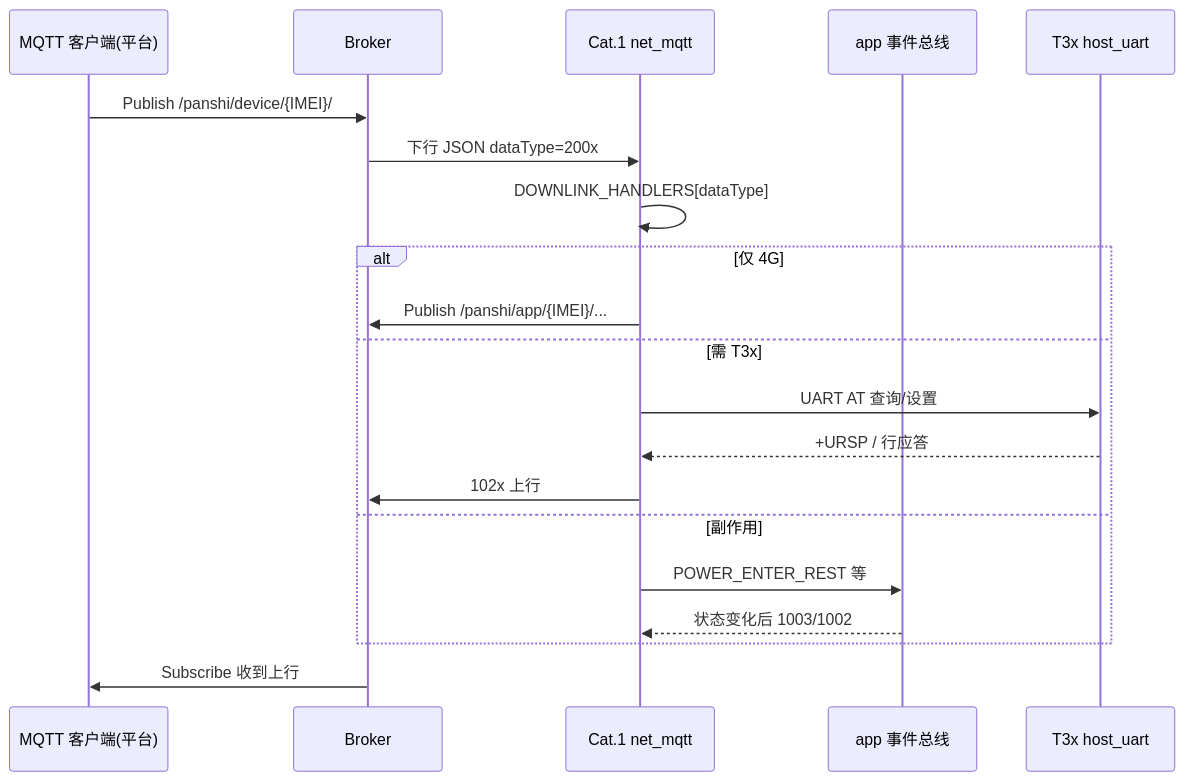
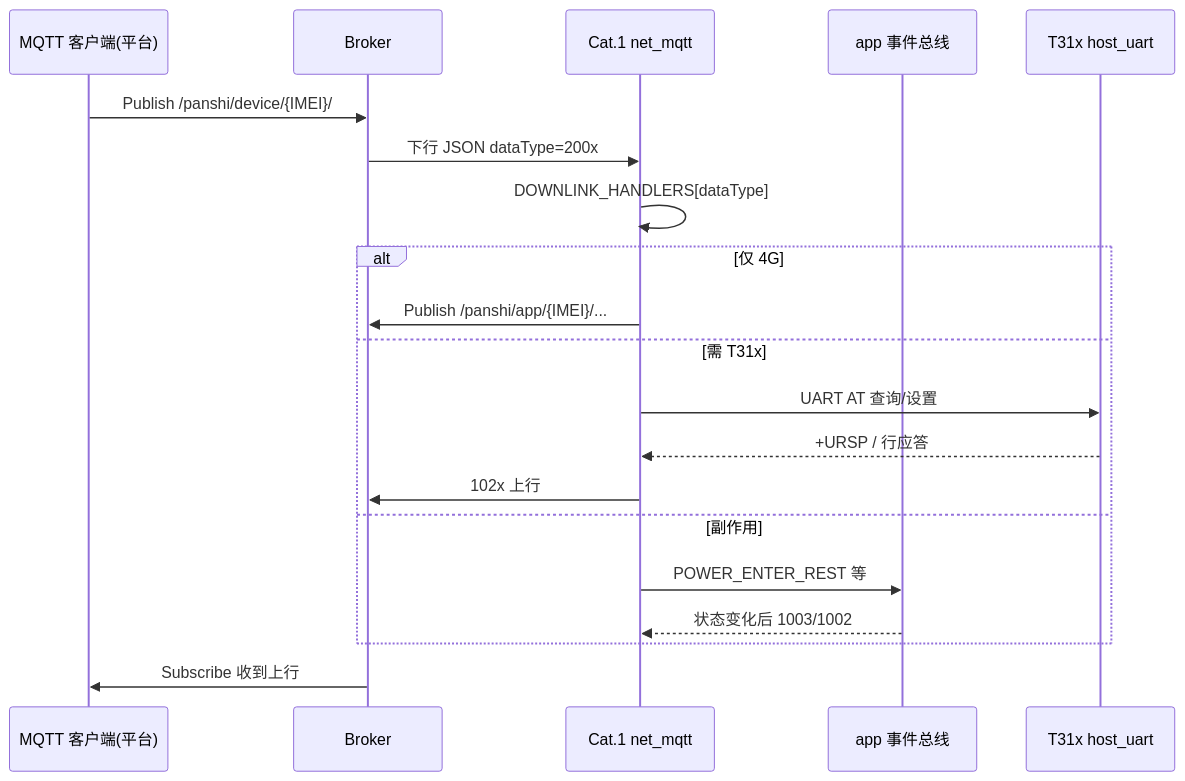
The diagram in doc/MQTT_CLIENT_E2E_TEST.md (dzr1986/AIR780EHM), drawn with Mermaid before and after one commit. The commit also changed other lines of this file and 402 other files, not shown here.

````diff
--- a/doc/MQTT_CLIENT_E2E_TEST.md
+++ b/doc/MQTT_CLIENT_E2E_TEST.md
@@ -17,23 +17,23 @@
 ```mermaid
 sequenceDiagram
     participant PC as MQTT 客户端(平台)
     participant BR as Broker
     participant C4 as Cat.1 net_mqtt
     participant APP as app 事件总线
-    participant T3 as T3x host_uart
+    participant T3 as T31x host_uart
 
     PC->>BR: Publish /panshi/device/{IMEI}/
     BR->>C4: 下行 JSON dataType=200x
     C4->>C4: DOWNLINK_HANDLERS[dataType]
     alt 仅 4G
         C4->>BR: Publish /panshi/app/{IMEI}/...
-    else 需 T3x
+    else 需 T31x
         C4->>T3: UART AT 查询/设置
         T3-->>C4: +URSP / 行应答
         C4->>BR: 102x 上行
     else 副作用
         C4->>APP: POWER_ENTER_REST 等
         APP-->>C4: 状态变化后 1003/1002
     end
     BR->>PC: Subscribe 收到上行
 ```
````
